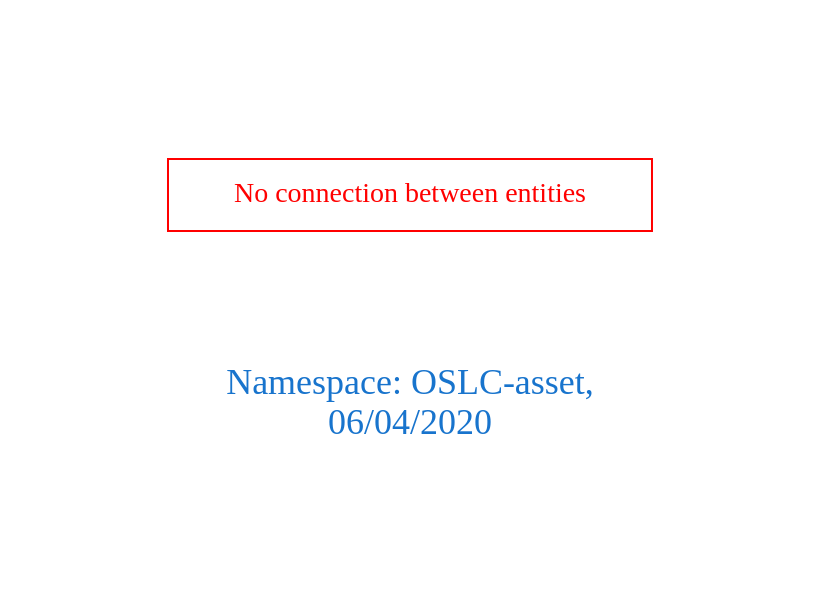
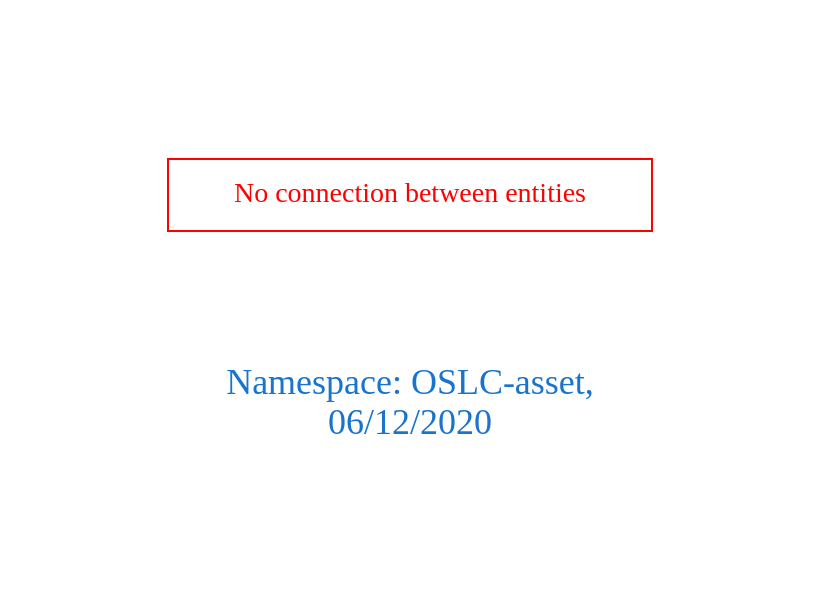
One commit to arago/OGIT changed the diagram in downloads/OSLC-asset.dot. Above: the diagram before and after it, drawn with Graphviz. The commit also changed 1792 other files, not shown here.

```diff
--- a/downloads/OSLC-asset.dot
+++ b/downloads/OSLC-asset.dot
@@ -1,9 +1,9 @@
 digraph OGIT_ontology {
  graph [ rankdir= LR,pad=1 
 fontsize = 18,
-fontcolor= dodgerblue3,label = "\n\n\nNamespace: OSLC-asset, \n 06/04/2020"];
+fontcolor= dodgerblue3,label = "\n\n\nNamespace: OSLC-asset, \n 06/12/2020"];
 node[shape=polygon];
 edge [  color="gray81"];
 
 "No connection between entities" [fontcolor = "red",color="red", shape="polygon"]
 }
```
